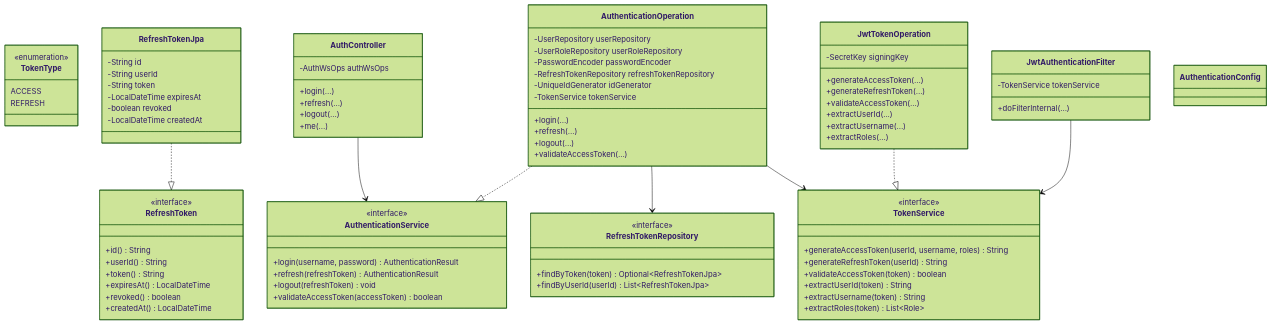
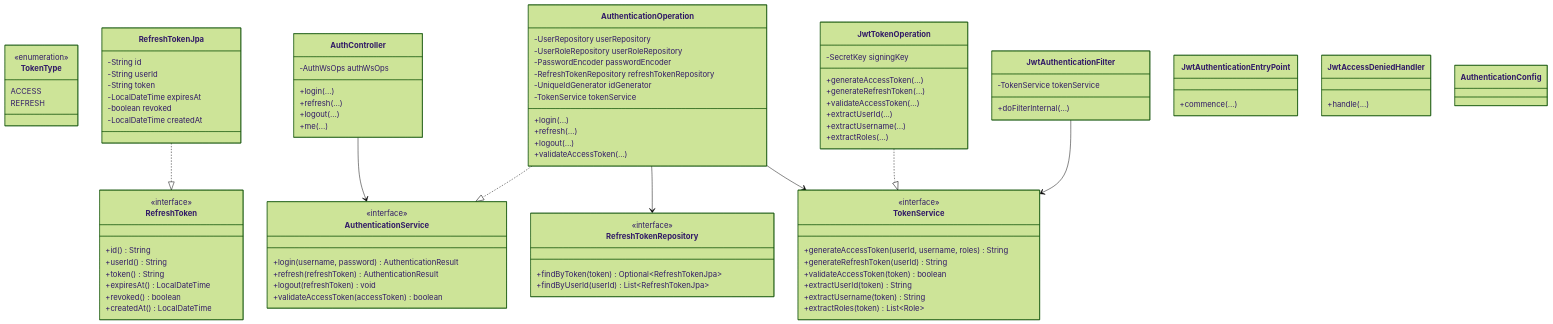
Before and after one commit to Univalle-Gadim-Lab/virtual-lab-platform: the fifth of 7 diagrams in architecture/ARCHITECTURE.md, drawn with Mermaid (forest theme). The commit also changed other lines of this file and 2 other files, not shown here.

First line of the commit message:
docs: update architecture, OpenAPI, and AGENTS documentation

```diff
--- a/architecture/ARCHITECTURE.md
+++ b/architecture/ARCHITECTURE.md
@@ -757,6 +760,14 @@
         +doFilterInternal(...)
     }
 
+    class JwtAuthenticationEntryPoint {
+        +commence(...)
+    }
+
+    class JwtAccessDeniedHandler {
+        +handle(...)
+    }
+
     class AuthenticationConfig
 
     RefreshTokenJpa ..|> RefreshToken
```
